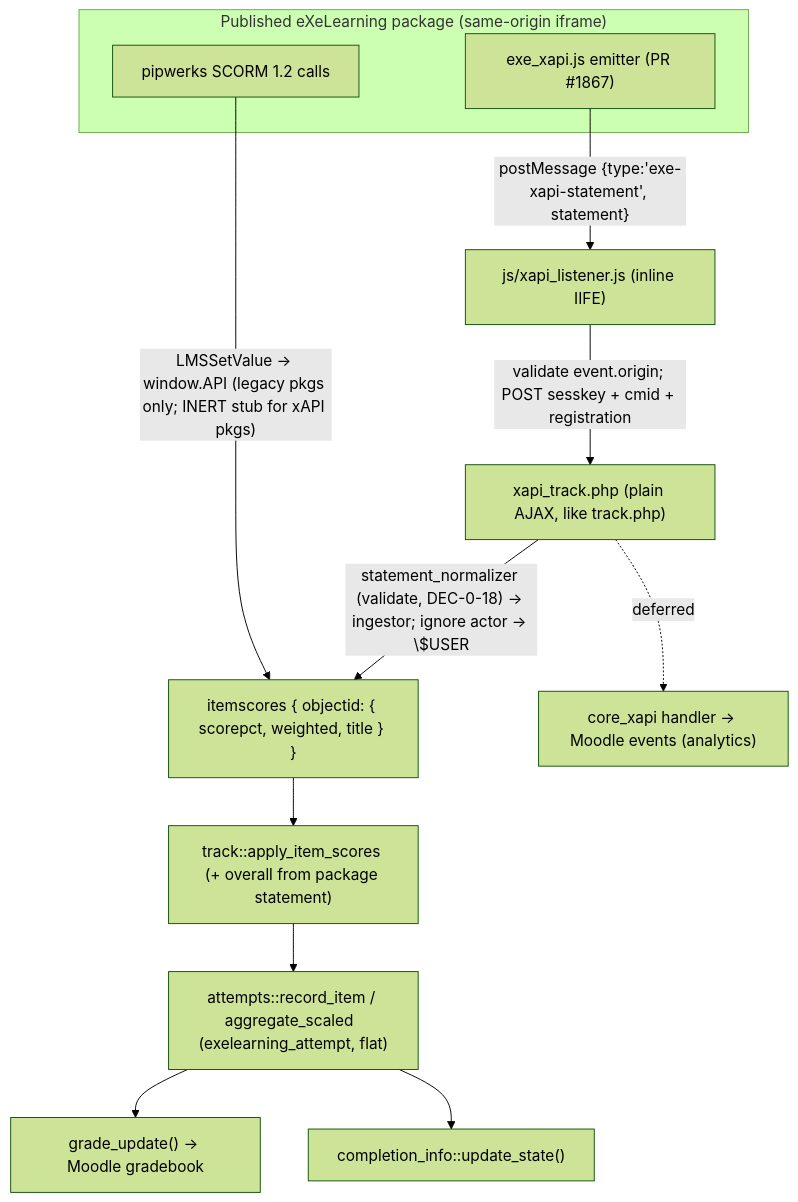
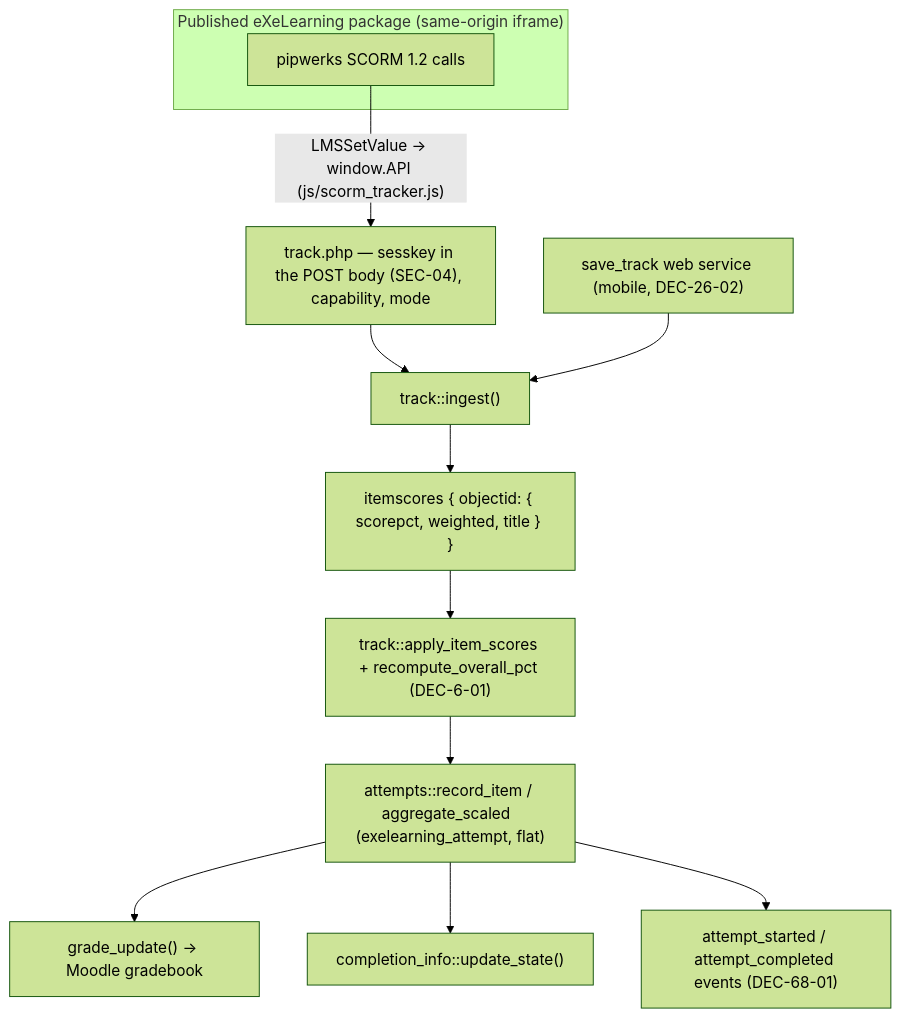
Before and after one commit to ateeducacion/mod_exelearning: the diagram in docs/tracking-architecture.md, drawn with Mermaid (forest theme). The commit also changed other lines of this file and 62 other files, not shown here.

First line of the commit message:
refactor(tracking): retire the xAPI grading channel, SCORM 1.2 is the only one (#124)

````diff
--- a/docs/tracking-architecture.md
+++ b/docs/tracking-architecture.md
@@ -45,18 +27,17 @@
 ```mermaid
 flowchart TD
   subgraph PKG["Published eXeLearning package (same-origin iframe)"]
     SCORM["pipwerks SCORM 1.2 calls"]
-    XAPI["exe_xapi.js emitter (PR #1867)"]
   end
 
-  SCORM -->|"LMSSetValue → window.API (legacy pkgs only; INERT stub for xAPI pkgs)"| ITEMS
-  XAPI -->|"postMessage {type:'exe-xapi-statement', statement}"| LIS["js/xapi_listener.js (inline IIFE)"]
-  LIS -->|"validate event.origin; POST sesskey + cmid + registration"| EP["xapi_track.php (plain AJAX, like track.php)"]
-  EP -->|"statement_normalizer (validate, DEC-0-18) → ingestor; ignore actor → \$USER"| ITEMS
+  SCORM -->|"LMSSetValue → window.API (js/scorm_tracker.js)"| EP
+  EP["track.php — sesskey in the POST body (SEC-04), capability, mode"] --> ING
+  WS["save_track web service (mobile, DEC-26-02)"] --> ING
 
-  ITEMS["itemscores { objectid: { scorepct, weighted, title } }"] --> TR["track::apply_item_scores (+ overall from package statement)"]
+  ING["track::ingest()"] --> ITEMS["itemscores { objectid: { scorepct, weighted, title } }"]
+  ITEMS --> TR["track::apply_item_scores + recompute_overall_pct (DEC-6-01)"]
   TR --> AT["attempts::record_item / aggregate_scaled  (exelearning_attempt, flat)"]
   AT --> GB["grade_update() → Moodle gradebook"]
   AT --> CO["completion_info::update_state()"]
-  EP -. deferred .-> HND["core_xapi handler → Moodle events (analytics)"]
+  AT --> EV["attempt_started / attempt_completed events (DEC-68-01)"]
 ```
````
